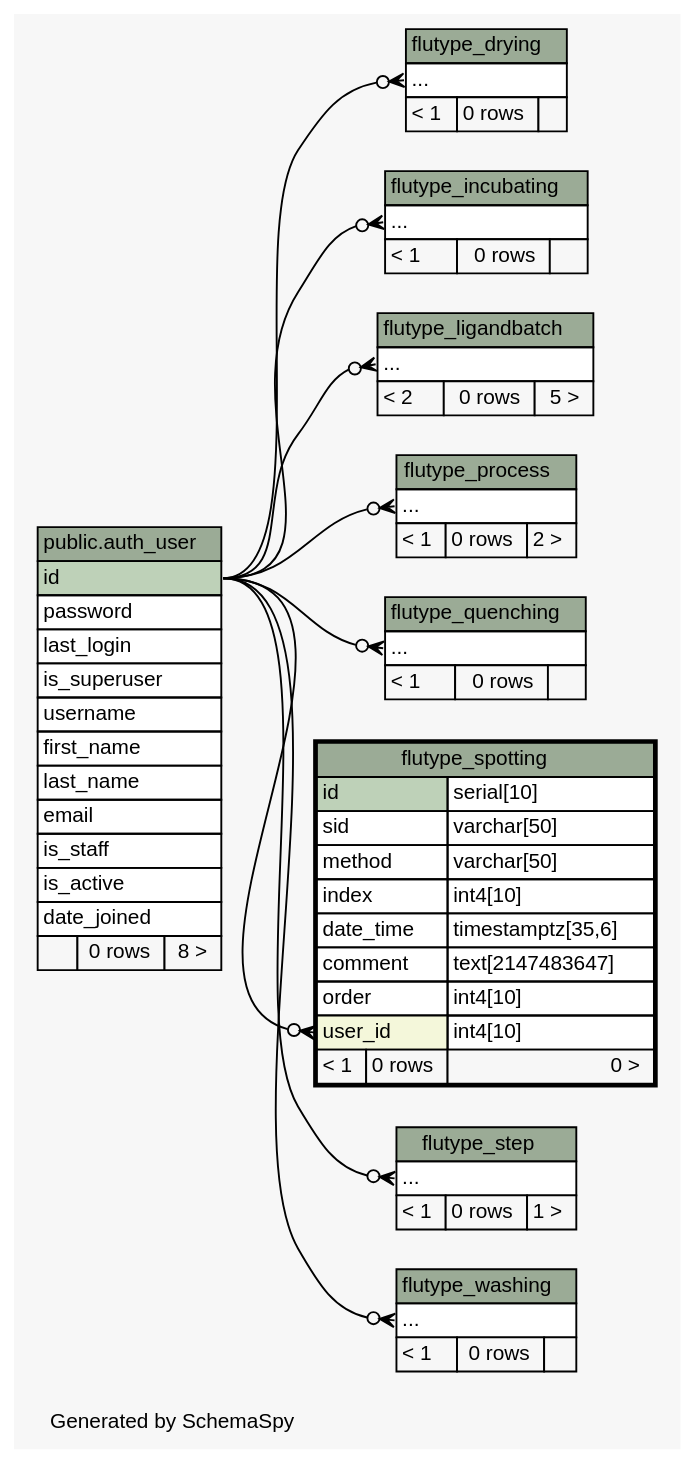
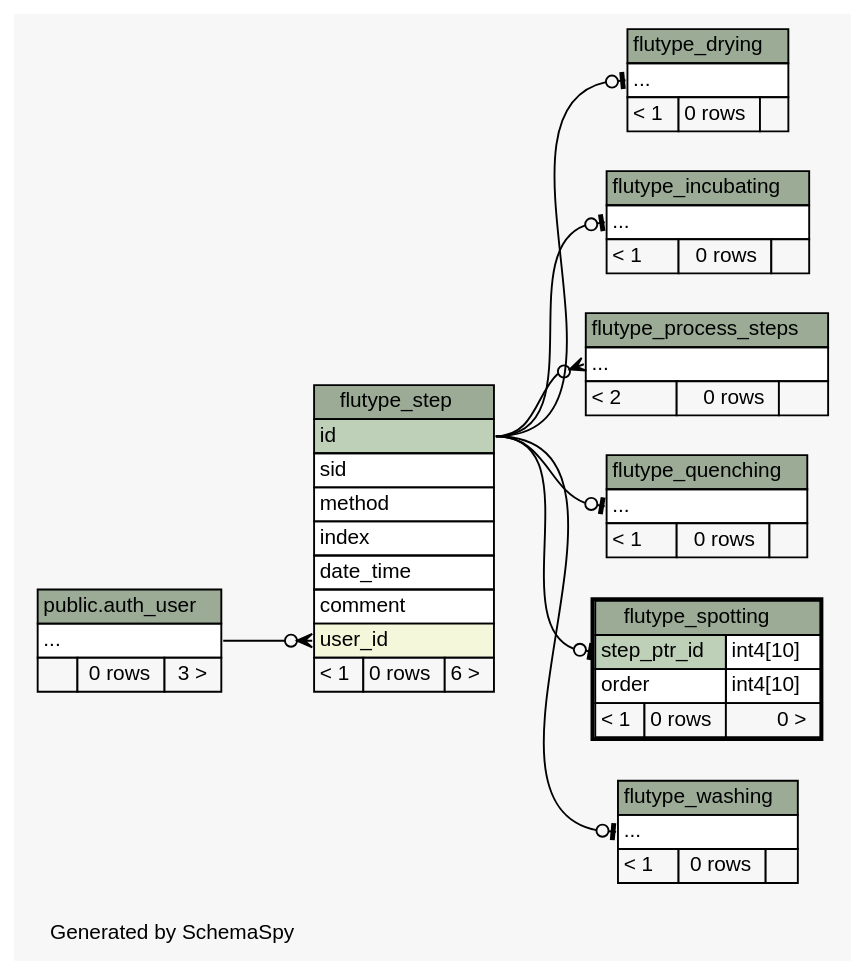
One commit to janekg89/flutype_webapp changed the diagram in docs/schema/diagrams/flutype_spotting.2degrees.dot. Above: the diagram before and after it, drawn with Graphviz. The commit also changed 139 other files, not shown here.

Commit message:
add schema settings for janeks pc, working on fill_db.py with new model.

```diff
--- a/docs/schema/diagrams/flutype_spotting.2degrees.dot
+++ b/docs/schema/diagrams/flutype_spotting.2degrees.dot
@@ -1,136 +1,115 @@
-// dot 2.38.0 on Linux 4.4.0-89-generic
+// dot 2.38.0 on Linux 4.10.0-27-generic
 // SchemaSpy rev 590
 digraph "twoDegreesRelationshipsDiagram" {
   graph [
     rankdir="RL"
     bgcolor="#f7f7f7"
     label="\nGenerated by SchemaSpy"
     labeljust="l"
     nodesep="0.18"
     ranksep="0.46"
     fontname="Helvetica"
     fontsize="11"
   ];
   node [
     fontname="Helvetica"
     fontsize="11"
     shape="plaintext"
   ];
   edge [
     arrowsize="0.8"
   ];
-  "flutype_drying":"elipses":w -> "public.auth_user":"id":e [arrowhead=none dir=back arrowtail=crowodot];
-  "flutype_incubating":"elipses":w -> "public.auth_user":"id":e [arrowhead=none dir=back arrowtail=crowodot];
-  "flutype_ligandbatch":"elipses":w -> "public.auth_user":"id":e [arrowhead=none dir=back arrowtail=crowodot];
-  "flutype_process":"elipses":w -> "public.auth_user":"id":e [arrowhead=none dir=back arrowtail=crowodot];
-  "flutype_quenching":"elipses":w -> "public.auth_user":"id":e [arrowhead=none dir=back arrowtail=crowodot];
-  "flutype_spotting":"user_id":w -> "public.auth_user":"id":e [arrowhead=none dir=back arrowtail=crowodot];
-  "flutype_step":"elipses":w -> "public.auth_user":"id":e [arrowhead=none dir=back arrowtail=crowodot];
-  "flutype_washing":"elipses":w -> "public.auth_user":"id":e [arrowhead=none dir=back arrowtail=crowodot];
+  "flutype_drying":"elipses":w -> "flutype_step":"id":e [arrowhead=none dir=back arrowtail=teeodot];
+  "flutype_incubating":"elipses":w -> "flutype_step":"id":e [arrowhead=none dir=back arrowtail=teeodot];
+  "flutype_process_steps":"elipses":w -> "flutype_step":"id":e [arrowhead=none dir=back arrowtail=crowodot];
+  "flutype_quenching":"elipses":w -> "flutype_step":"id":e [arrowhead=none dir=back arrowtail=teeodot];
+  "flutype_spotting":"step_ptr_id":w -> "flutype_step":"id":e [arrowhead=none dir=back arrowtail=teeodot];
+  "flutype_step":"user_id":w -> "public.auth_user":"elipses":e [arrowhead=none dir=back arrowtail=crowodot];
+  "flutype_washing":"elipses":w -> "flutype_step":"id":e [arrowhead=none dir=back arrowtail=teeodot];
   "public.auth_user" [
     label=<
     <TABLE BORDER="0" CELLBORDER="1" CELLSPACING="0" BGCOLOR="#ffffff">
       <TR><TD COLSPAN="3" BGCOLOR="#9bab96" ALIGN="CENTER">public.auth_user</TD></TR>
-      <TR><TD PORT="id" COLSPAN="3" BGCOLOR="#bed1b8" ALIGN="LEFT">id</TD></TR>
-      <TR><TD PORT="password" COLSPAN="3" ALIGN="LEFT">password</TD></TR>
-      <TR><TD PORT="last_login" COLSPAN="3" ALIGN="LEFT">last_login</TD></TR>
-      <TR><TD PORT="is_superuser" COLSPAN="3" ALIGN="LEFT">is_superuser</TD></TR>
-      <TR><TD PORT="username" COLSPAN="3" ALIGN="LEFT">username</TD></TR>
-      <TR><TD PORT="first_name" COLSPAN="3" ALIGN="LEFT">first_name</TD></TR>
-      <TR><TD PORT="last_name" COLSPAN="3" ALIGN="LEFT">last_name</TD></TR>
-      <TR><TD PORT="email" COLSPAN="3" ALIGN="LEFT">email</TD></TR>
-      <TR><TD PORT="is_staff" COLSPAN="3" ALIGN="LEFT">is_staff</TD></TR>
-      <TR><TD PORT="is_active" COLSPAN="3" ALIGN="LEFT">is_active</TD></TR>
-      <TR><TD PORT="date_joined" COLSPAN="3" ALIGN="LEFT">date_joined</TD></TR>
-      <TR><TD ALIGN="LEFT" BGCOLOR="#f7f7f7">  </TD><TD ALIGN="RIGHT" BGCOLOR="#f7f7f7">0 rows</TD><TD ALIGN="RIGHT" BGCOLOR="#f7f7f7">8 &gt;</TD></TR>
+      <TR><TD PORT="elipses" COLSPAN="3" ALIGN="LEFT">...</TD></TR>
+      <TR><TD ALIGN="LEFT" BGCOLOR="#f7f7f7">  </TD><TD ALIGN="RIGHT" BGCOLOR="#f7f7f7">0 rows</TD><TD ALIGN="RIGHT" BGCOLOR="#f7f7f7">3 &gt;</TD></TR>
     </TABLE>>
     tooltip="public.auth_user"
   ];
   "flutype_drying" [
     label=<
     <TABLE BORDER="0" CELLBORDER="1" CELLSPACING="0" BGCOLOR="#ffffff">
       <TR><TD COLSPAN="3" BGCOLOR="#9bab96" ALIGN="CENTER">flutype_drying</TD></TR>
       <TR><TD PORT="elipses" COLSPAN="3" ALIGN="LEFT">...</TD></TR>
       <TR><TD ALIGN="LEFT" BGCOLOR="#f7f7f7">&lt; 1</TD><TD ALIGN="RIGHT" BGCOLOR="#f7f7f7">0 rows</TD><TD ALIGN="RIGHT" BGCOLOR="#f7f7f7">  </TD></TR>
     </TABLE>>
     URL="flutype_drying.html"
     tooltip="flutype_drying"
   ];
   "flutype_incubating" [
     label=<
     <TABLE BORDER="0" CELLBORDER="1" CELLSPACING="0" BGCOLOR="#ffffff">
       <TR><TD COLSPAN="3" BGCOLOR="#9bab96" ALIGN="CENTER">flutype_incubating</TD></TR>
       <TR><TD PORT="elipses" COLSPAN="3" ALIGN="LEFT">...</TD></TR>
       <TR><TD ALIGN="LEFT" BGCOLOR="#f7f7f7">&lt; 1</TD><TD ALIGN="RIGHT" BGCOLOR="#f7f7f7">0 rows</TD><TD ALIGN="RIGHT" BGCOLOR="#f7f7f7">  </TD></TR>
     </TABLE>>
     URL="flutype_incubating.html"
     tooltip="flutype_incubating"
   ];
-  "flutype_ligandbatch" [
+  "flutype_process_steps" [
     label=<
     <TABLE BORDER="0" CELLBORDER="1" CELLSPACING="0" BGCOLOR="#ffffff">
-      <TR><TD COLSPAN="3" BGCOLOR="#9bab96" ALIGN="CENTER">flutype_ligandbatch</TD></TR>
+      <TR><TD COLSPAN="3" BGCOLOR="#9bab96" ALIGN="CENTER">flutype_process_steps</TD></TR>
       <TR><TD PORT="elipses" COLSPAN="3" ALIGN="LEFT">...</TD></TR>
-      <TR><TD ALIGN="LEFT" BGCOLOR="#f7f7f7">&lt; 2</TD><TD ALIGN="RIGHT" BGCOLOR="#f7f7f7">0 rows</TD><TD ALIGN="RIGHT" BGCOLOR="#f7f7f7">5 &gt;</TD></TR>
+      <TR><TD ALIGN="LEFT" BGCOLOR="#f7f7f7">&lt; 2</TD><TD ALIGN="RIGHT" BGCOLOR="#f7f7f7">0 rows</TD><TD ALIGN="RIGHT" BGCOLOR="#f7f7f7">  </TD></TR>
     </TABLE>>
-    URL="flutype_ligandbatch.html"
-    tooltip="flutype_ligandbatch"
-  ];
-  "flutype_process" [
-    label=<
-    <TABLE BORDER="0" CELLBORDER="1" CELLSPACING="0" BGCOLOR="#ffffff">
-      <TR><TD COLSPAN="3" BGCOLOR="#9bab96" ALIGN="CENTER">flutype_process</TD></TR>
-      <TR><TD PORT="elipses" COLSPAN="3" ALIGN="LEFT">...</TD></TR>
-      <TR><TD ALIGN="LEFT" BGCOLOR="#f7f7f7">&lt; 1</TD><TD ALIGN="RIGHT" BGCOLOR="#f7f7f7">0 rows</TD><TD ALIGN="RIGHT" BGCOLOR="#f7f7f7">2 &gt;</TD></TR>
-    </TABLE>>
-    URL="flutype_process.html"
-    tooltip="flutype_process"
+    URL="flutype_process_steps.html"
+    tooltip="flutype_process_steps"
   ];
   "flutype_quenching" [
     label=<
     <TABLE BORDER="0" CELLBORDER="1" CELLSPACING="0" BGCOLOR="#ffffff">
       <TR><TD COLSPAN="3" BGCOLOR="#9bab96" ALIGN="CENTER">flutype_quenching</TD></TR>
       <TR><TD PORT="elipses" COLSPAN="3" ALIGN="LEFT">...</TD></TR>
       <TR><TD ALIGN="LEFT" BGCOLOR="#f7f7f7">&lt; 1</TD><TD ALIGN="RIGHT" BGCOLOR="#f7f7f7">0 rows</TD><TD ALIGN="RIGHT" BGCOLOR="#f7f7f7">  </TD></TR>
     </TABLE>>
     URL="flutype_quenching.html"
     tooltip="flutype_quenching"
   ];
   "flutype_spotting" [
     label=<
     <TABLE BORDER="2" CELLBORDER="1" CELLSPACING="0" BGCOLOR="#ffffff">
       <TR><TD COLSPAN="3" BGCOLOR="#9bab96" ALIGN="CENTER">flutype_spotting</TD></TR>
-      <TR><TD PORT="id" COLSPAN="2" BGCOLOR="#bed1b8" ALIGN="LEFT">id</TD><TD PORT="id.type" ALIGN="LEFT">serial[10]</TD></TR>
-      <TR><TD PORT="sid" COLSPAN="2" ALIGN="LEFT">sid</TD><TD PORT="sid.type" ALIGN="LEFT">varchar[50]</TD></TR>
-      <TR><TD PORT="method" COLSPAN="2" ALIGN="LEFT">method</TD><TD PORT="method.type" ALIGN="LEFT">varchar[50]</TD></TR>
-      <TR><TD PORT="index" COLSPAN="2" ALIGN="LEFT">index</TD><TD PORT="index.type" ALIGN="LEFT">int4[10]</TD></TR>
-      <TR><TD PORT="date_time" COLSPAN="2" ALIGN="LEFT">date_time</TD><TD PORT="date_time.type" ALIGN="LEFT">timestamptz[35,6]</TD></TR>
-      <TR><TD PORT="comment" COLSPAN="2" ALIGN="LEFT">comment</TD><TD PORT="comment.type" ALIGN="LEFT">text[2147483647]</TD></TR>
+      <TR><TD PORT="step_ptr_id" COLSPAN="2" BGCOLOR="#bed1b8" ALIGN="LEFT">step_ptr_id</TD><TD PORT="step_ptr_id.type" ALIGN="LEFT">int4[10]</TD></TR>
       <TR><TD PORT="order" COLSPAN="2" ALIGN="LEFT">order</TD><TD PORT="order.type" ALIGN="LEFT">int4[10]</TD></TR>
-      <TR><TD PORT="user_id" COLSPAN="2" BGCOLOR="#f4f7da" ALIGN="LEFT">user_id</TD><TD PORT="user_id.type" ALIGN="LEFT">int4[10]</TD></TR>
       <TR><TD ALIGN="LEFT" BGCOLOR="#f7f7f7">&lt; 1</TD><TD ALIGN="RIGHT" BGCOLOR="#f7f7f7">0 rows</TD><TD ALIGN="RIGHT" BGCOLOR="#f7f7f7">0 &gt;</TD></TR>
     </TABLE>>
     URL="flutype_spotting.html"
     tooltip="flutype_spotting"
   ];
   "flutype_step" [
     label=<
     <TABLE BORDER="0" CELLBORDER="1" CELLSPACING="0" BGCOLOR="#ffffff">
       <TR><TD COLSPAN="3" BGCOLOR="#9bab96" ALIGN="CENTER">flutype_step</TD></TR>
-      <TR><TD PORT="elipses" COLSPAN="3" ALIGN="LEFT">...</TD></TR>
-      <TR><TD ALIGN="LEFT" BGCOLOR="#f7f7f7">&lt; 1</TD><TD ALIGN="RIGHT" BGCOLOR="#f7f7f7">0 rows</TD><TD ALIGN="RIGHT" BGCOLOR="#f7f7f7">1 &gt;</TD></TR>
+      <TR><TD PORT="id" COLSPAN="3" BGCOLOR="#bed1b8" ALIGN="LEFT">id</TD></TR>
+      <TR><TD PORT="sid" COLSPAN="3" ALIGN="LEFT">sid</TD></TR>
+      <TR><TD PORT="method" COLSPAN="3" ALIGN="LEFT">method</TD></TR>
+      <TR><TD PORT="index" COLSPAN="3" ALIGN="LEFT">index</TD></TR>
+      <TR><TD PORT="date_time" COLSPAN="3" ALIGN="LEFT">date_time</TD></TR>
+      <TR><TD PORT="comment" COLSPAN="3" ALIGN="LEFT">comment</TD></TR>
+      <TR><TD PORT="user_id" COLSPAN="3" BGCOLOR="#f4f7da" ALIGN="LEFT">user_id</TD></TR>
+      <TR><TD ALIGN="LEFT" BGCOLOR="#f7f7f7">&lt; 1</TD><TD ALIGN="RIGHT" BGCOLOR="#f7f7f7">0 rows</TD><TD ALIGN="RIGHT" BGCOLOR="#f7f7f7">6 &gt;</TD></TR>
     </TABLE>>
     URL="flutype_step.html"
     tooltip="flutype_step"
   ];
   "flutype_washing" [
     label=<
     <TABLE BORDER="0" CELLBORDER="1" CELLSPACING="0" BGCOLOR="#ffffff">
       <TR><TD COLSPAN="3" BGCOLOR="#9bab96" ALIGN="CENTER">flutype_washing</TD></TR>
       <TR><TD PORT="elipses" COLSPAN="3" ALIGN="LEFT">...</TD></TR>
       <TR><TD ALIGN="LEFT" BGCOLOR="#f7f7f7">&lt; 1</TD><TD ALIGN="RIGHT" BGCOLOR="#f7f7f7">0 rows</TD><TD ALIGN="RIGHT" BGCOLOR="#f7f7f7">  </TD></TR>
     </TABLE>>
     URL="flutype_washing.html"
     tooltip="flutype_washing"
   ];
 }
```
